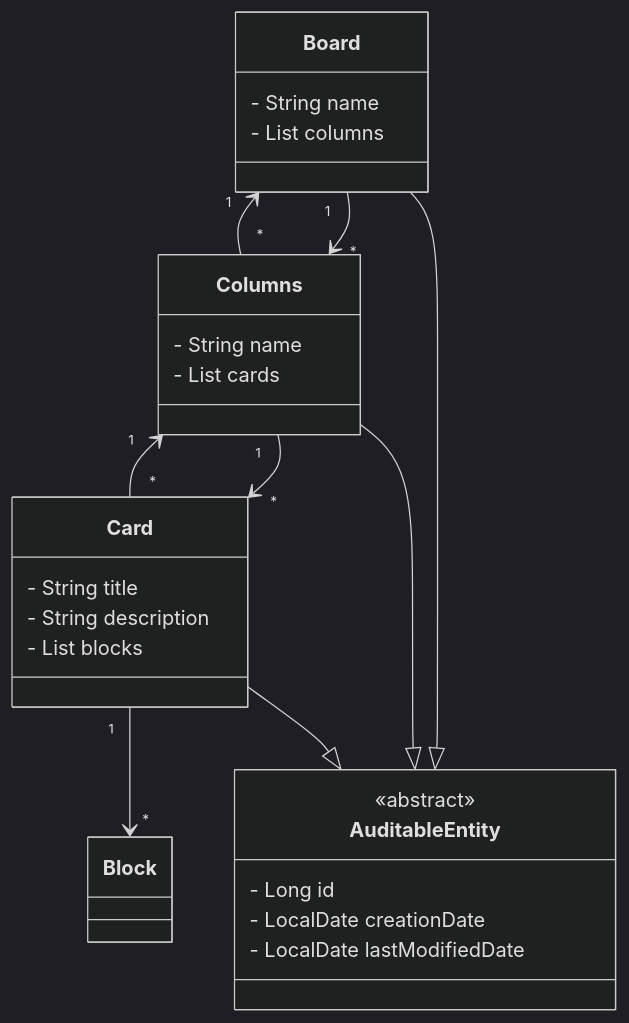
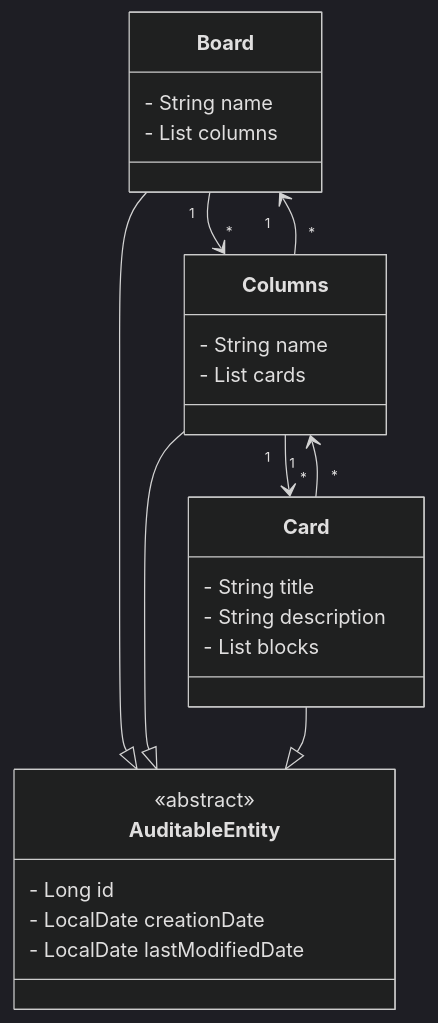
The diagram in README.md (Geovanej7/Java_BoardsDeTarefas), drawn with Mermaid (dark theme) before and after one commit.

````diff
--- a/README.md
+++ b/README.md
@@ -29,36 +29,35 @@
 ```mermaid
 classDiagram
     class AuditableEntity {
         <<abstract>>
         - Long id
         - LocalDate creationDate
         - LocalDate lastModifiedDate
     }
 
     class Board {
         - String name
         - List<Columns> columns
     }
 
     class Columns {
         - String name
         - List<Card> cards
     }
 
     class Card {
         - String title
         - String description
         - List<Block> blocks
     }
 
     Board "1" --> "*" Columns 
     Columns "1" --> "*" Card 
-    Card "1" --> "*" Block 
     Columns "*" --> "1" Board
     Card "*" --> "1" Columns
     
     Board --|> AuditableEntity
     Columns --|> AuditableEntity
     Card --|> AuditableEntity
 
 ```
````
